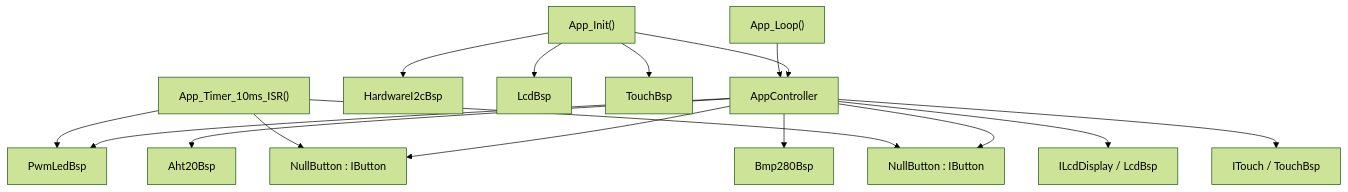
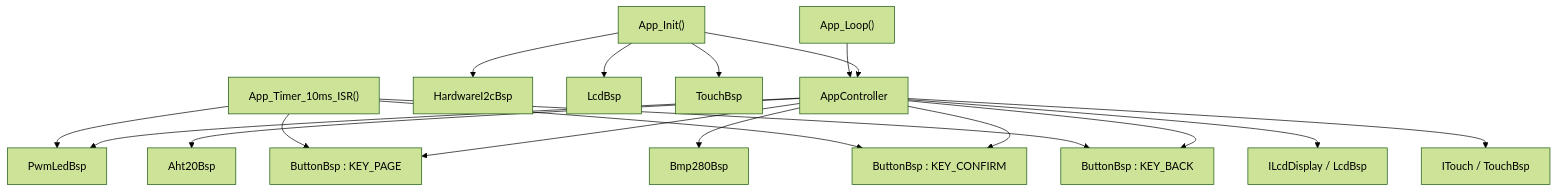
One commit to Railgun-wiki/MicroCPProjectSTM32 changed the diagram in Docs/README.md. Above: the diagram before and after it, drawn with Mermaid (forest theme). The commit also changed other lines of this file and 11 other files, not shown here.

````diff
--- a/Docs/README.md
+++ b/Docs/README.md
@@ -63,24 +66,26 @@
 ```mermaid
 graph TD
     AppInit["App_Init()"]
     AppLoop["App_Loop()"]
     TimerISR["App_Timer_10ms_ISR()"]
 
     AppInit --> I2C["HardwareI2cBsp"]
     AppInit --> LCD["LcdBsp"]
     AppInit --> Touch["TouchBsp"]
     AppInit --> AppCtl["AppController"]
 
     AppCtl --> TempHum["Aht20Bsp"]
     AppCtl --> Pressure["Bmp280Bsp"]
     AppCtl --> Indicator["PwmLedBsp"]
-    AppCtl --> PageBtn["NullButton : IButton"]
-    AppCtl --> MuteBtn["NullButton : IButton"]
+    AppCtl --> PageBtn["ButtonBsp : KEY_PAGE"]
+    AppCtl --> ConfirmBtn["ButtonBsp : KEY_CONFIRM"]
+    AppCtl --> BackBtn["ButtonBsp : KEY_BACK"]
     AppCtl --> Display["ILcdDisplay / LcdBsp"]
     AppCtl --> TouchIf["ITouch / TouchBsp"]
 
     AppLoop --> AppCtl
     TimerISR --> Indicator
     TimerISR --> PageBtn
-    TimerISR --> MuteBtn
+    TimerISR --> ConfirmBtn
+    TimerISR --> BackBtn
 ```
````
